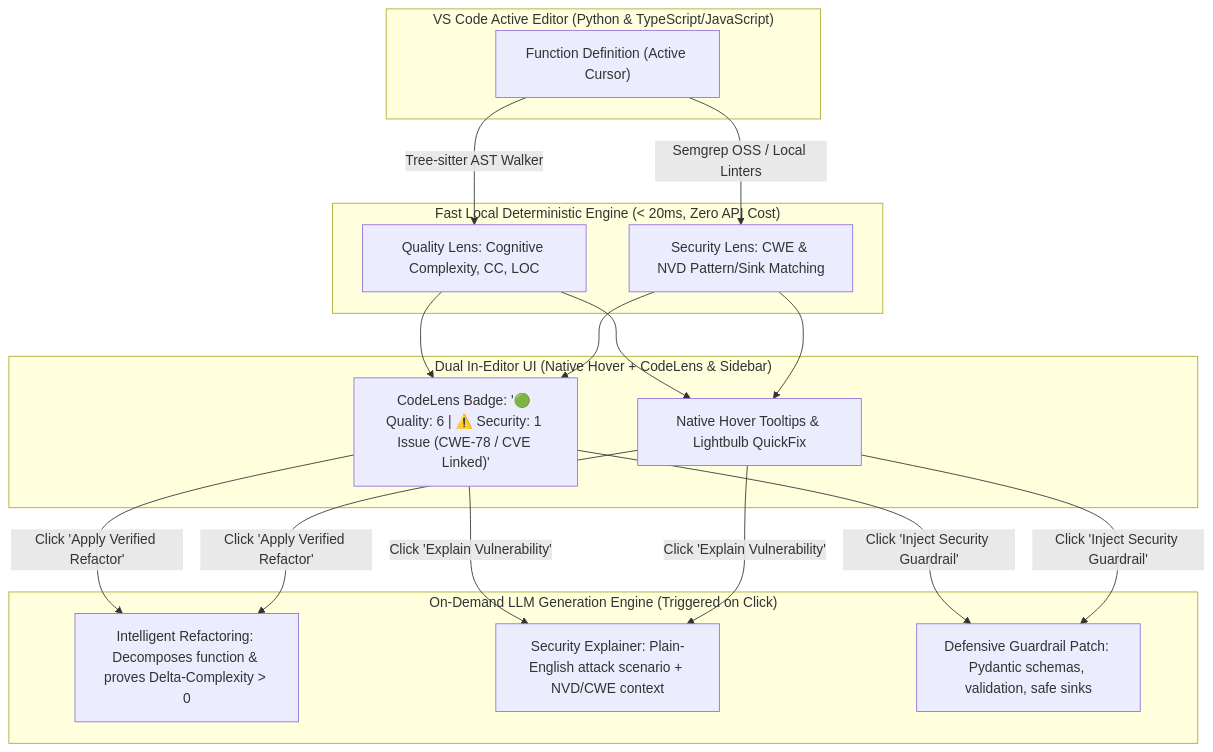
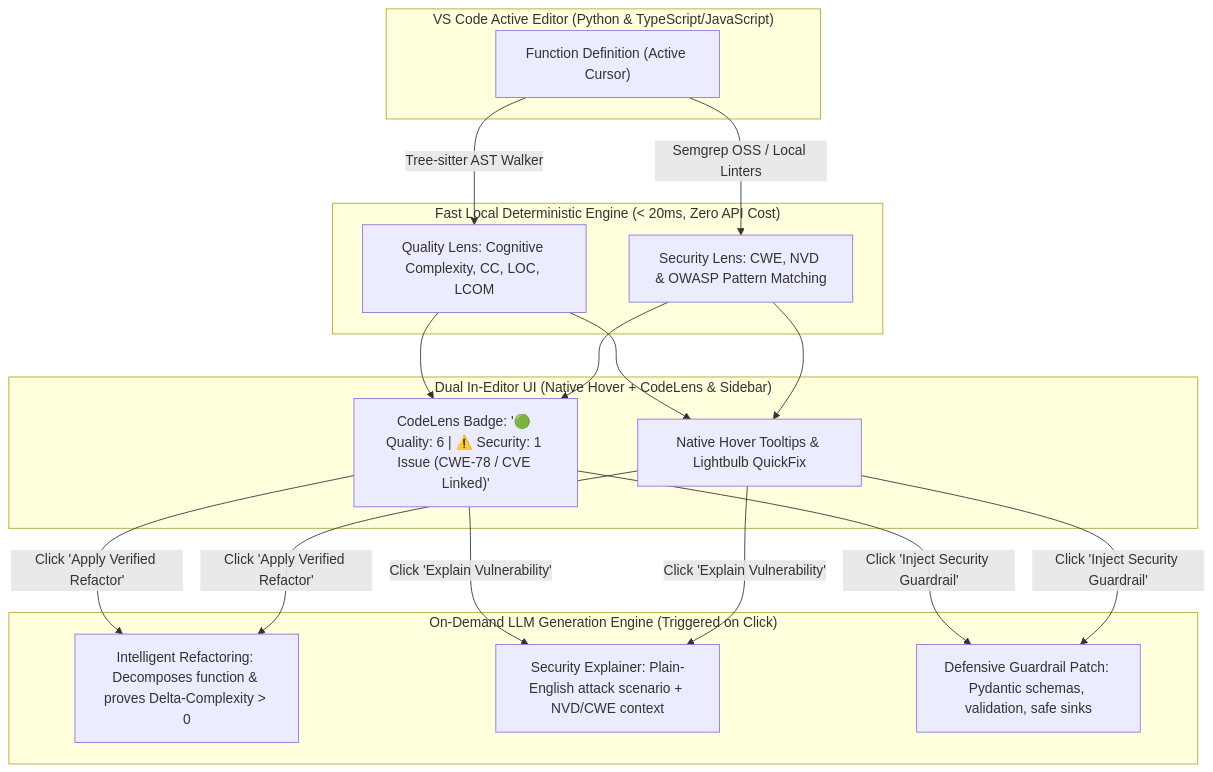
The first of 4 diagrams in 01_project_proposals/Final_Combined_Project_Specification.md (Fool-Penguin/Senior-Project), drawn with Mermaid before and after one commit. The commit also changed other lines of this file, not shown here.

Commit message:
docs: expand metrics suite, add technical methodology, and itemize CWE Top 25, NVD, and OWASP standards

````diff
--- a/01_project_proposals/Final_Combined_Project_Specification.md
+++ b/01_project_proposals/Final_Combined_Project_Specification.md
@@ -36,22 +36,22 @@
 ```mermaid
 flowchart TD
     subgraph Editor ["VS Code Active Editor (Python & TypeScript/JavaScript)"]
         F1["Function Definition (Active Cursor)"]
     end
 
     subgraph FastLocalEngine ["Fast Local Deterministic Engine (< 20ms, Zero API Cost)"]
-        F1 -->|"Tree-sitter AST Walker"| Q1["Quality Lens: Cognitive Complexity, CC, LOC"]
-        F1 -->|"Semgrep OSS / Local Linters"| S1["Security Lens: CWE & NVD Pattern/Sink Matching"]
+        F1 -->|"Tree-sitter AST Walker"| Q1["Quality Lens: Cognitive Complexity, CC, LOC, LCOM"]
+        F1 -->|"Semgrep OSS / Local Linters"| S1["Security Lens: CWE, NVD & OWASP Pattern Matching"]
     end
 
     subgraph InEditorDisplay ["Dual In-Editor UI (Native Hover + CodeLens & Sidebar)"]
         Q1 & S1 --> UI1["CodeLens Badge: '🟢 Quality: 6 | ⚠️ Security: 1 Issue (CWE-78 / CVE Linked)'"]
         Q1 & S1 --> UI2["Native Hover Tooltips & Lightbulb QuickFix"]
     end
 
     subgraph OnDemandLLM ["On-Demand LLM Generation Engine (Triggered on Click)"]
         UI1 & UI2 -->|"Click 'Apply Verified Refactor'"| LLM1["Intelligent Refactoring: Decomposes function & proves Delta-Complexity > 0"]
         UI1 & UI2 -->|"Click 'Explain Vulnerability'"| LLM2["Security Explainer: Plain-English attack scenario + NVD/CWE context"]
         UI1 & UI2 -->|"Click 'Inject Security Guardrail'"| LLM3["Defensive Guardrail Patch: Pydantic schemas, validation, safe sinks"]
     end
 ```
````
